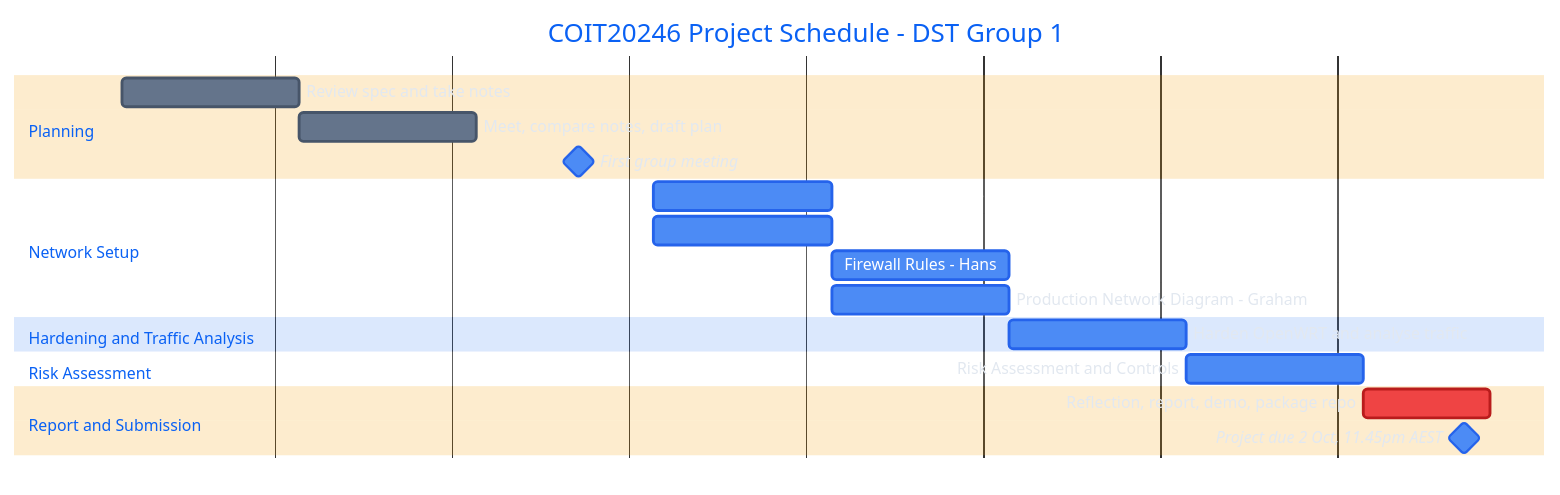
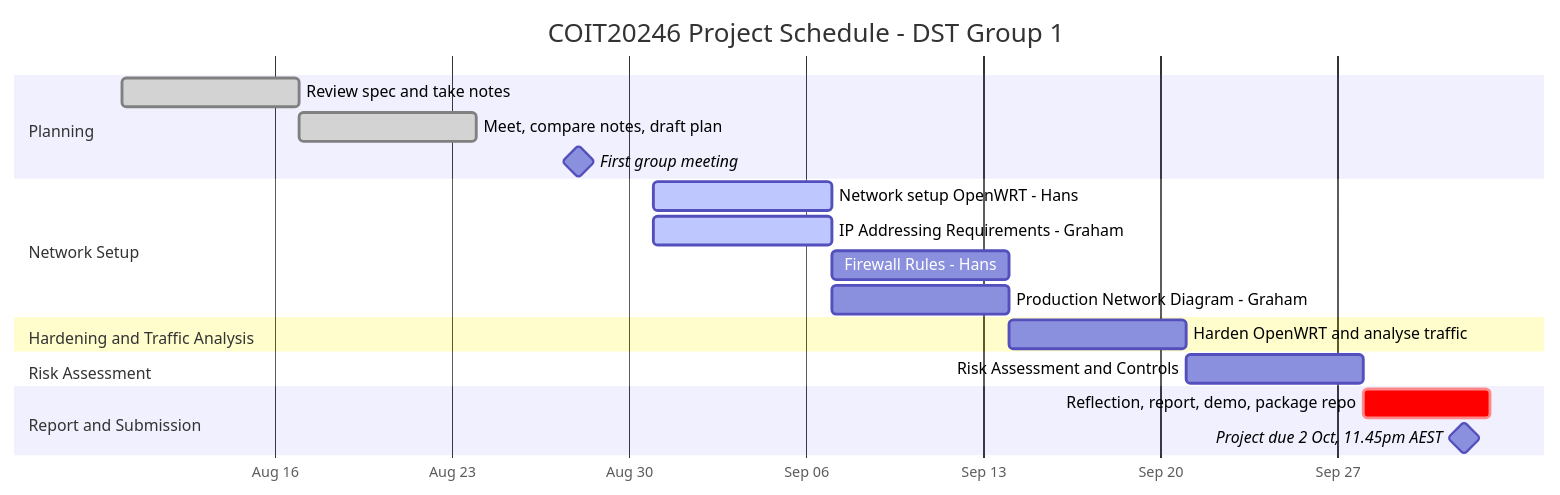
One commit to T22026-COIT20246-Project-30-MM/DST-Group-1 changed the diagram in plan.md. Above: the diagram before and after it, drawn with Mermaid. The commit also changed 3 other files, not shown here.

````diff
--- a/plan.md
+++ b/plan.md
@@ -29,43 +29,44 @@
 ```mermaid
 %%{init: {'theme':'base', 'themeVariables': {
+  "fontSize": "14px"
   'primaryColor': '#4C8BF5',
   'primaryTextColor': '#fff',
   'primaryBorderColor': '#2563eb',
   'lineColor': '#94a3b8',
   'secondaryColor': '#22c55e',
   'tertiaryColor': '#f59e0b',
   'doneTaskBkgColor': '#64748b',
   'doneTaskBorderColor': '#475569',
   'activeTaskBkgColor': '#4C8BF5',
   'activeTaskBorderColor': '#2563eb',
   'critBkgColor': '#ef4444',
   'critBorderColor': '#b91c1c',
   'taskTextColor': '#fff',
   'taskTextOutsideColor': '#e2e8f0'
 }}}%%
 gantt
     title COIT20246 Project Schedule - DST Group 1
     dateFormat  YYYY-MM-DD
     axisFormat  %b %d
 
     section Planning
     Review spec and take notes         :done, w5, 2026-08-10, 7d
     Meet, compare notes, draft plan    :done, w6, 2026-08-17, 7d
     First group meeting                :milestone, m1, 2026-08-28, 0d
 
     section Network Setup
     Network setup OpenWRT - Hans            :active, w7a, 2026-08-31, 7d
     IP Addressing Requirements - Graham     :active, w7b, 2026-08-31, 7d
     Firewall Rules - Hans                   :w8a, after w7a, 7d
     Production Network Diagram - Graham     :w8b, after w7b, 7d
 
     section Hardening and Traffic Analysis
     Harden OpenWRT and analyse traffic      :w9, 2026-09-14, 7d
 
     section Risk Assessment
     Risk Assessment and Controls            :w10, 2026-09-21, 7d
 
     section Report and Submission
     Reflection, report, demo, package repo  :crit, w11, 2026-09-28, 5d
     Project due 2 Oct, 11.45pm AEST         :milestone, due, 2026-10-02, 0d
 ```
````
